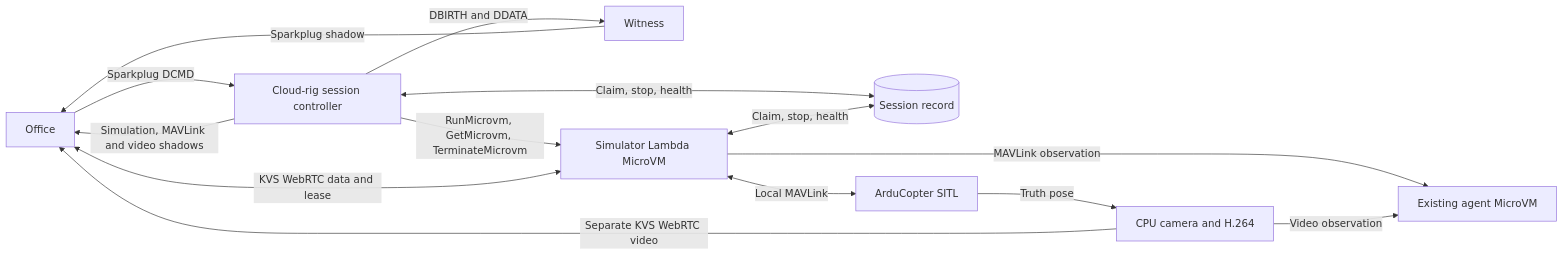
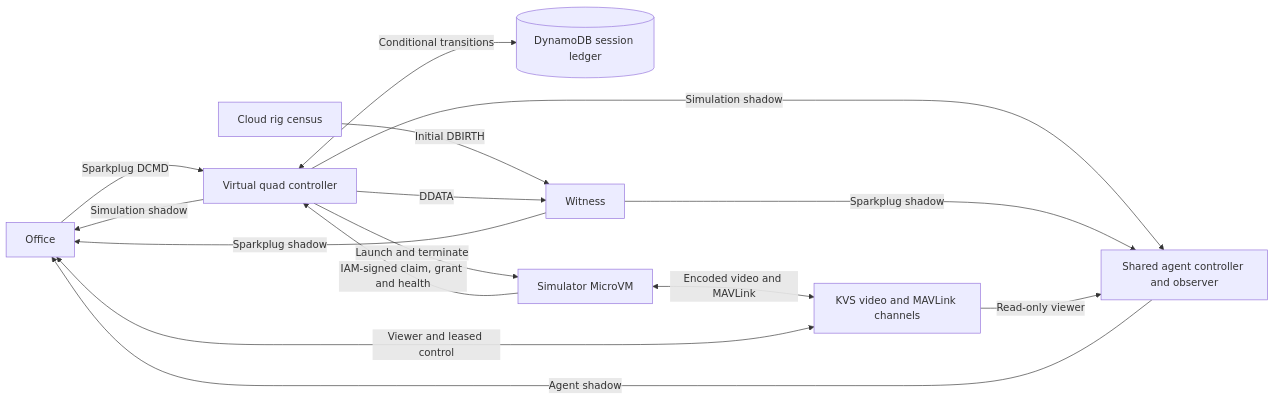
The diagram in docs/virtual-quadcopter-architecture.md (mparkachov/txing), drawn with Mermaid before and after one commit. The commit also changed other lines of this file and 54 other files, not shown here.

Commit message:
Consolidate virtual-quad device

````diff
--- a/docs/virtual-quadcopter-architecture.md
+++ b/docs/virtual-quadcopter-architecture.md
@@ -9,24 +43,25 @@
 ```mermaid
 flowchart LR
     O[Office]
-    C[Cloud-rig session controller]
-    L[(Session record)]
+    G[Cloud rig census]
+    C[Virtual quad controller]
+    L[(DynamoDB session ledger)]
     W[Witness]
-    R[Simulator Lambda MicroVM]
-    S[ArduCopter SITL]
-    V[CPU camera and H.264]
-    A[Existing agent MicroVM]
+    R[Simulator MicroVM]
+    K[KVS video and MAVLink channels]
+    A[Shared agent controller and observer]
+    G -->|Initial DBIRTH| W
     O -->|Sparkplug DCMD| C
-    C <-->|Claim, stop, health| L
-    R <-->|Claim, stop, health| L
-    C -->|RunMicrovm, GetMicrovm, TerminateMicrovm| R
-    C -->|DBIRTH and DDATA| W
+    C <-->|Conditional transitions| L
+    C -->|Launch and terminate| R
+    R -->|IAM-signed claim, grant and health| C
+    C -->|DDATA| W
+    C -->|Simulation shadow| O
     W -->|Sparkplug shadow| O
-    C -->|Simulation, MAVLink and video shadows| O
-    R <-->|Local MAVLink| S
-    S -->|Truth pose| V
-    O <-->|KVS WebRTC data and lease| R
-    V -->|Separate KVS WebRTC video| O
-    R -->|MAVLink observation| A
-    V -->|Video observation| A
+    C -->|Simulation shadow| A
+    W -->|Sparkplug shadow| A
+    R <-->|Encoded video and MAVLink| K
+    O <-->|Viewer and leased control| K
+    K -->|Read-only viewer| A
+    A -->|Agent shadow| O
 ```
````
